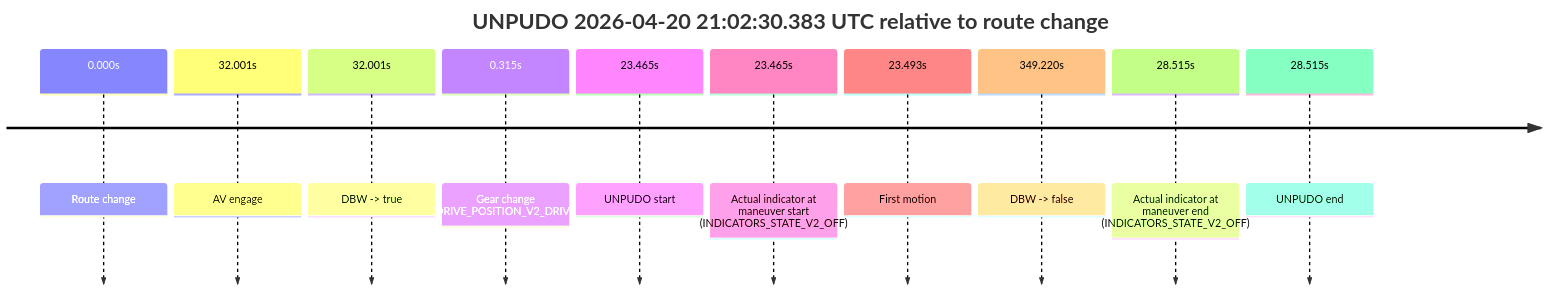
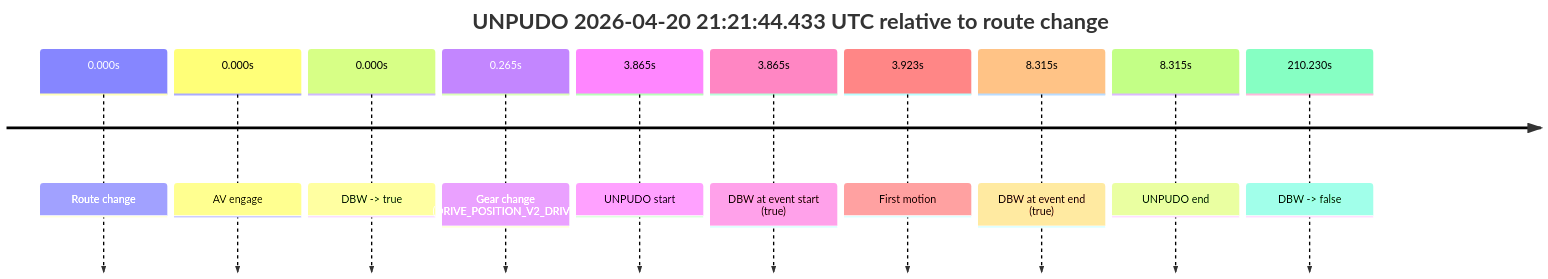
Before and after one commit to yoelshapiro/vault: the fourth of 8 diagrams in model_analysis/report_cards/2026/04/Week-4/fme20007--2026-04-20--20-19-45--gen2-av-ef2164fc-41df-4c1d-92d3-0663632675b0.md, drawn with Mermaid. The commit also changed other lines of this file, not shown here.

````diff
--- a/model_analysis/report_cards/2026/04/Week-4/fme20007--2026-04-20--20-19-45--gen2-av-ef2164fc-41df-4c1d-92d3-0663632675b0.md
+++ b/model_analysis/report_cards/2026/04/Week-4/fme20007--2026-04-20--20-19-45--gen2-av-ef2164fc-41df-4c1d-92d3-0663632675b0.md
@@ -645,14 +320,14 @@
 ```mermaid
 timeline
-    title UNPUDO 2026-04-20 21:02:30.383 UTC relative to route change
+    title UNPUDO 2026-04-20 21:21:44.433 UTC relative to route change
     0.000s : Route change
-    32.001s : AV engage
-    32.001s : DBW -> true
-    0.315s : Gear change (DRIVE_POSITION_V2_DRIVE)
-    23.465s : UNPUDO start
-    23.465s : Actual indicator at maneuver start (INDICATORS_STATE_V2_OFF)
-    23.493s : First motion
-    349.220s : DBW -> false
-    28.515s : Actual indicator at maneuver end (INDICATORS_STATE_V2_OFF)
-    28.515s : UNPUDO end
+    0.000s : AV engage
+    0.000s : DBW -> true
+    0.265s : Gear change (DRIVE_POSITION_V2_DRIVE)
+    3.865s : UNPUDO start
+    3.865s : DBW at event start (true)
+    3.923s : First motion
+    8.315s : DBW at event end (true)
+    8.315s : UNPUDO end
+    210.230s : DBW -> false
 ```
````
